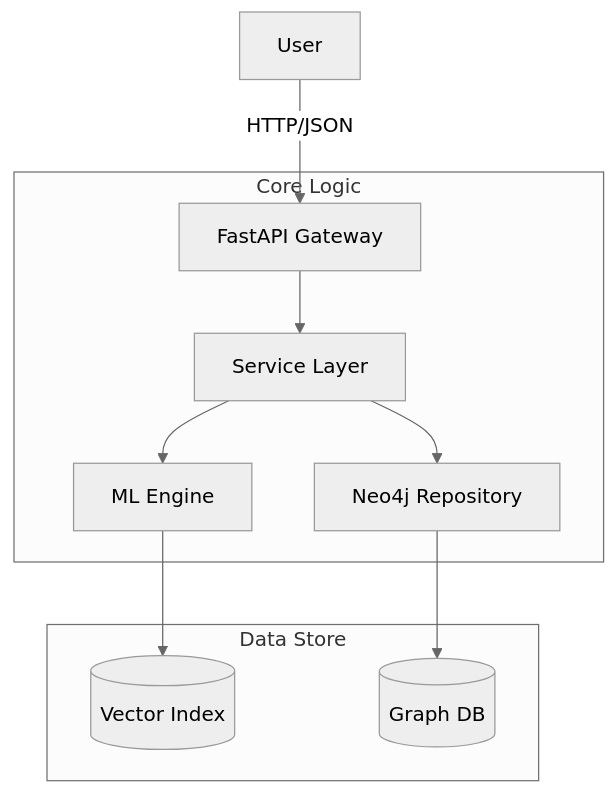
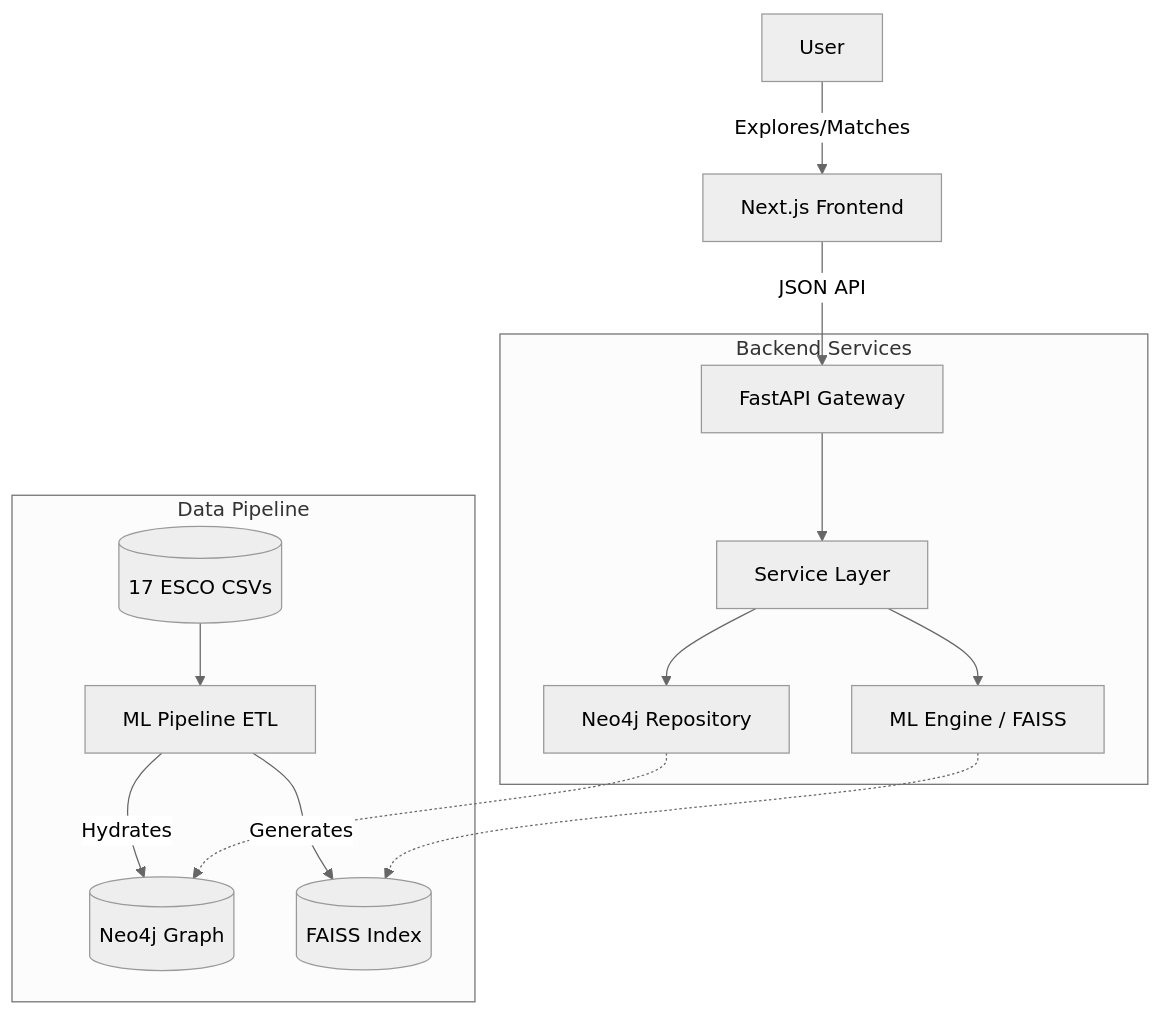
Before and after one commit to Y4SSERk/SkillAlign: the diagram in README.md, drawn with Mermaid (neutral theme). The commit also changed other lines of this file, not shown here.

````diff
--- a/README.md
+++ b/README.md
@@ -28,15 +28,20 @@
 ```mermaid
 graph TD
-    User-->|HTTP/JSON| API[FastAPI Gateway]
+    User-->|Explores/Matches| Web[Next.js Frontend]
+    Web -->|JSON API| API[FastAPI Gateway]
     
-    subgraph "Core Logic"
+    subgraph "Backend Services"
         API --> Service[Service Layer]
-        Service --> ML[ML Engine]
+        Service --> ML[ML Engine / FAISS]
         Service --> Repo[Neo4j Repository]
     end
     
-    subgraph "Data Store"
-        ML --> FAISS[(Vector Index)]
-        Repo --> Neo4j[(Graph DB)]
+    subgraph "Data Pipeline"
+        CSV[(17 ESCO CSVs)] --> ETL[ML Pipeline ETL]
+        ETL -->|Hydrates| Neo4j[(Neo4j Graph)]
+        ETL -->|Generates| FAISS[(FAISS Index)]
     end
+    
+    ML -.-> FAISS
+    Repo -.-> Neo4j
 ```
````
